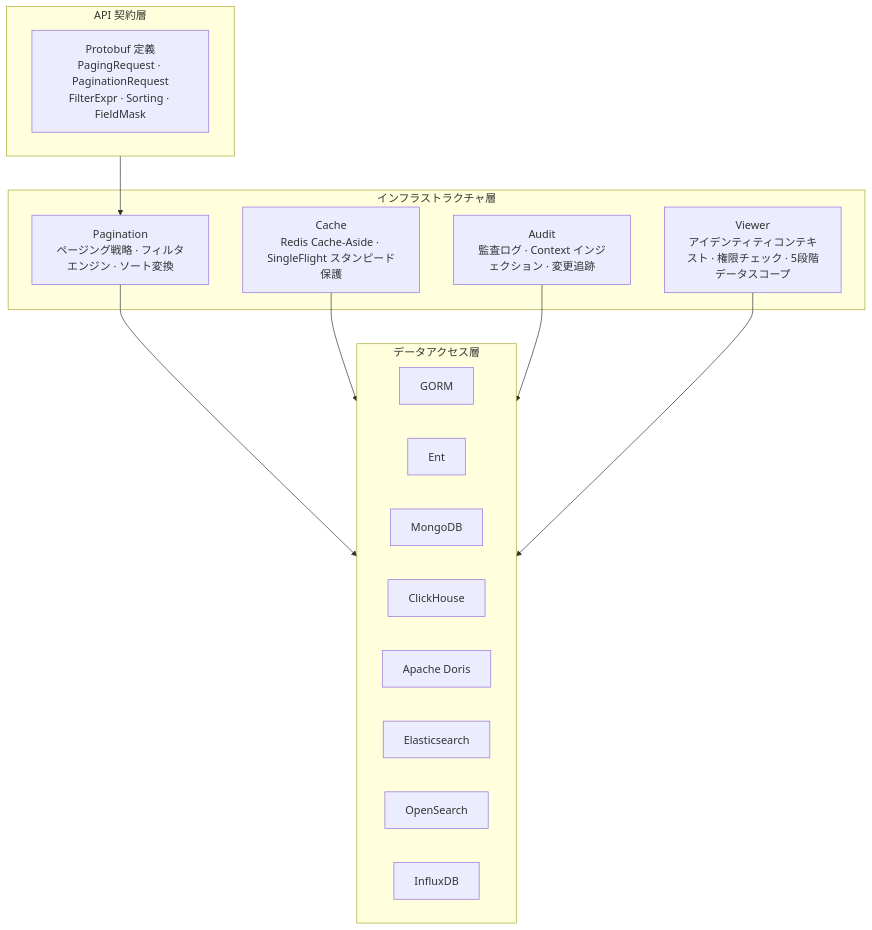
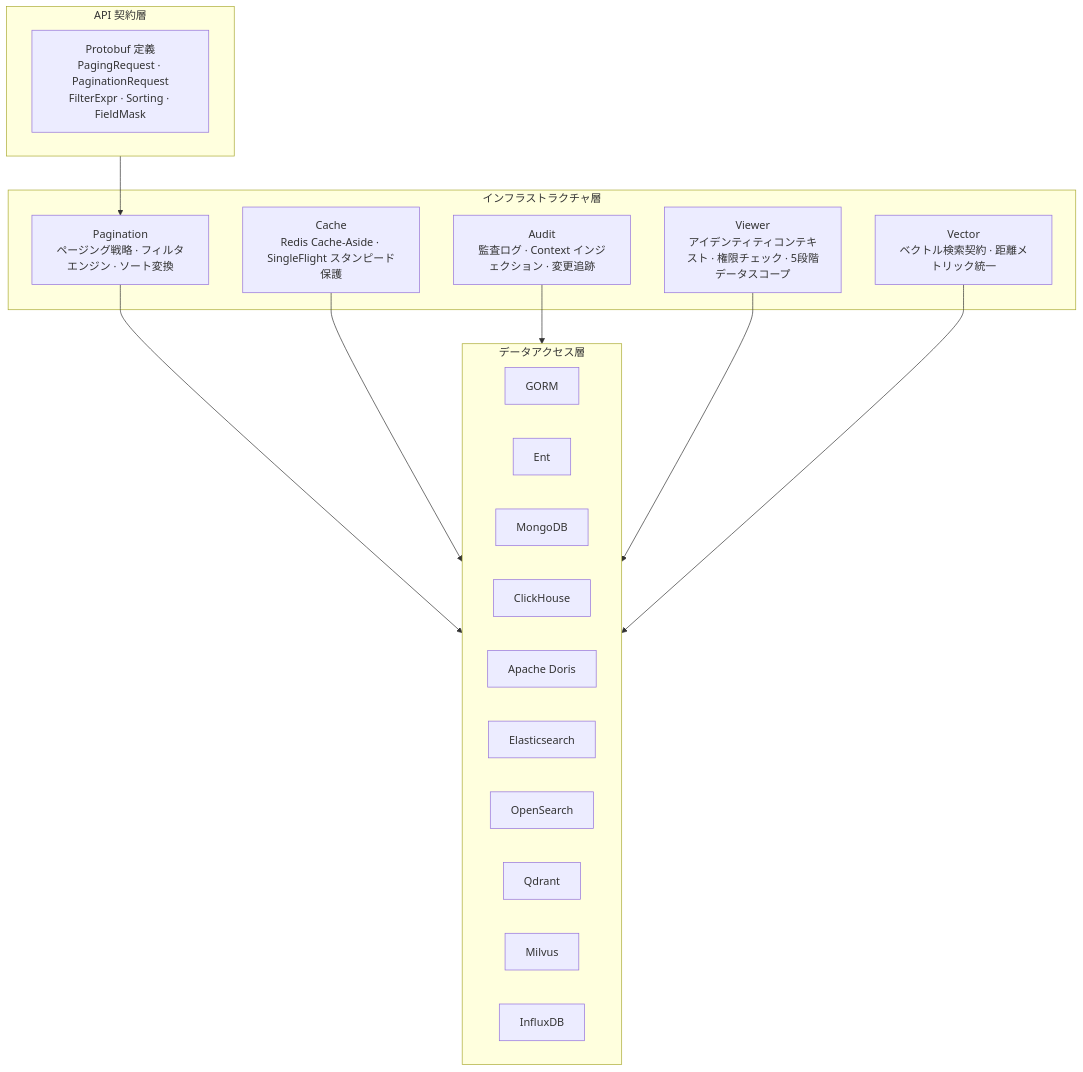
The diagram in README_ja.md (tx7do/go-crud), drawn with Mermaid before and after one commit. The commit also changed other lines of this file and 34 other files, not shown here.

````diff
--- a/README_ja.md
+++ b/README_ja.md
@@ -57,30 +59,34 @@
 ```mermaid
 graph TB
     subgraph API["API 契約層"]
         Proto["Protobuf 定義<br/>PagingRequest · PaginationRequest<br/>FilterExpr · Sorting · FieldMask"]
     end
 
     subgraph Infra["インフラストラクチャ層"]
         Pagination["Pagination<br/>ページング戦略 · フィルタエンジン · ソート変換"]
         Cache["Cache<br/>Redis Cache-Aside · SingleFlight スタンピード保護"]
         Audit["Audit<br/>監査ログ · Context インジェクション · 変更追跡"]
         Viewer["Viewer<br/>アイデンティティコンテキスト · 権限チェック · 5段階データスコープ"]
+        Vector["Vector<br/>ベクトル検索契約 · 距離メトリック統一"]
     end
 
     subgraph DAL["データアクセス層"]
         GORM["GORM"]
         ENT["Ent"]
         Mongo["MongoDB"]
         CH["ClickHouse"]
         Doris["Apache Doris"]
         ES["Elasticsearch"]
         OS["OpenSearch"]
+        Qdrant["Qdrant"]
+        Milvus["Milvus"]
         Influx["InfluxDB"]
     end
 
     API --> Pagination
     Pagination --> DAL
     Cache --> DAL
     Audit --> DAL
     Viewer --> DAL
+    Vector --> DAL
 ```
````
